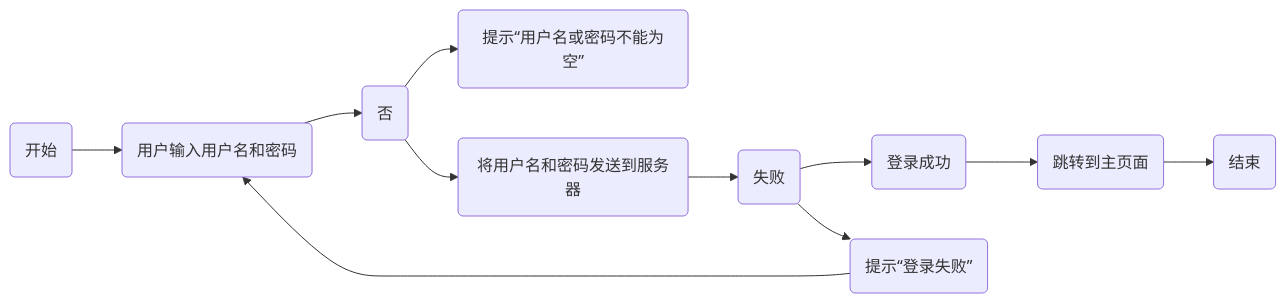
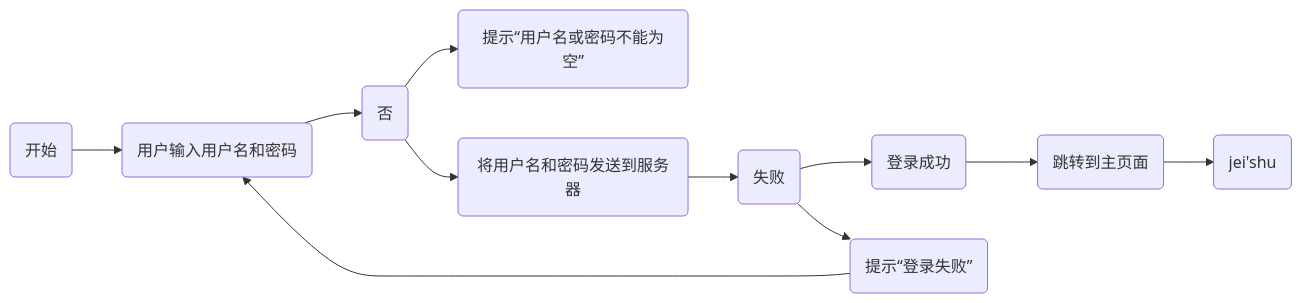
Before and after one commit to star-Triangel/iodraw-files: the diagram in all/未命名.md, drawn with Mermaid.

Commit message:
2024-03-28 21:49:02 update

````diff
--- a/all/未命名.md
+++ b/all/未命名.md
@@ -1,15 +1,14 @@
 ```mermaid
 graph LR
 A(开始) --> B(用户输入用户名和密码)
 B --> C(判断用户名和密码是否为空)
 C(是) --> D(提示“用户名或密码不能为空”)
 C(否) --> E(将用户名和密码发送到服务器)
 E --> F(服务器验证用户名和密码)
 F(成功) --> G(登录成功)
 F(失败) --> H(提示“登录失败”)
 G --> I(跳转到主页面)
 H --> B
-I --> J(结束)
-
+I --> J(jei'shu)
 
 ```
````
